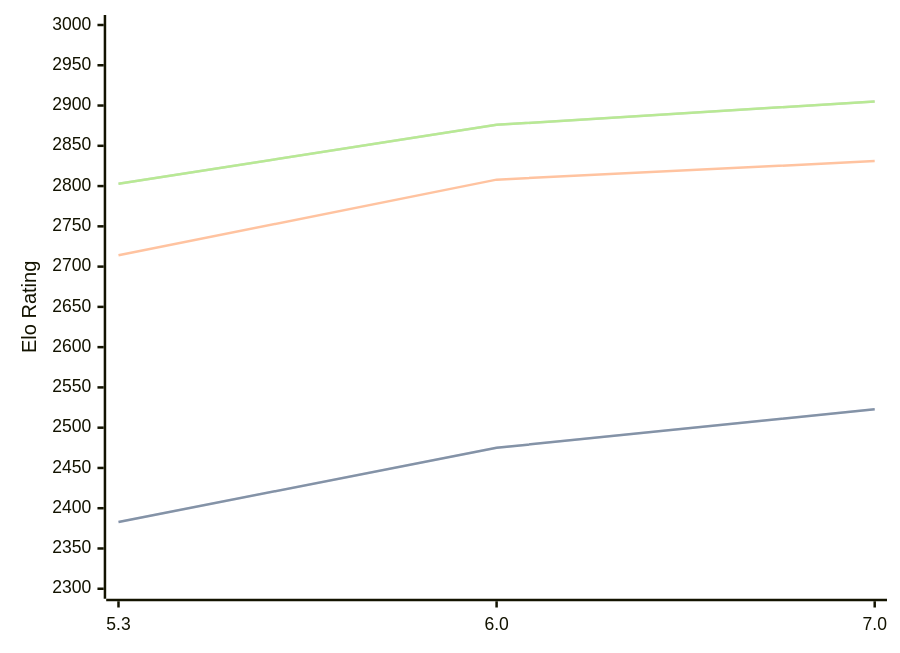
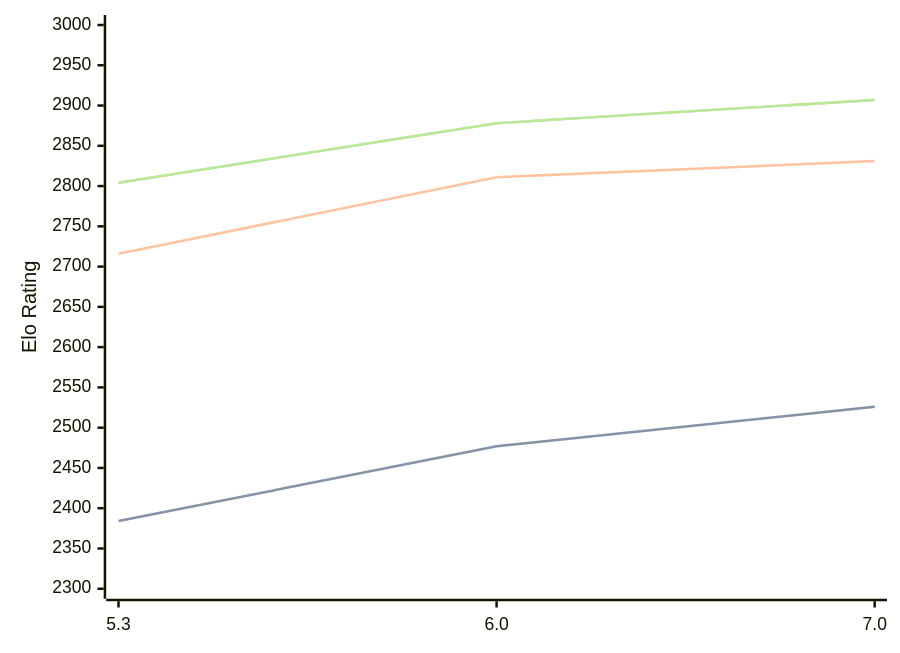
One commit to computer-chess-index/cci changed the diagram in engines/tomitankChess.md. Above: the diagram before and after it, drawn with Mermaid. The commit also changed other lines of this file, not shown here.

Commit message:
Update CCI Ratings (ELO VLTC) - 2026-08-23

````diff
--- a/engines/tomitankChess.md
+++ b/engines/tomitankChess.md
@@ -33,11 +33,11 @@
 ```mermaid
 %%{init: {"theme":"base","themeVariables":{"seriesColors:['#a3a3a3','#222221','#faa371']}}}%%
 xychart-beta
   x-axis ["5.3", "6.0", "7.0"]
   y-axis "Elo Rating" 2300 --> 3000
-  line "STC (8.0+0.08s)" [2383, 2475, 2523]
-  line "STC (8.0+0.08s)" [2383, 2475, 2523]
-  line "LTC (60.0+0.60s)" [2714, 2808, 2831]
-  line "VLTC (2m24s+1.12s)" [2803, 2876, 2905]
-  line "VLTC (2m24s+1.12s)" [2803, 2876, 2905]
+  line "STC (8.0+0.08s)" [2384, 2477, 2526]
+  line "STC (8.0+0.08s)" [2384, 2477, 2526]
+  line "LTC (60.0+0.60s)" [2716, 2811, 2831]
+  line "VLTC (2m24s+1.12s)" [2804, 2878, 2907]
+  line "VLTC (2m24s+1.12s)" [2804, 2878, 2907]
 ```
````
